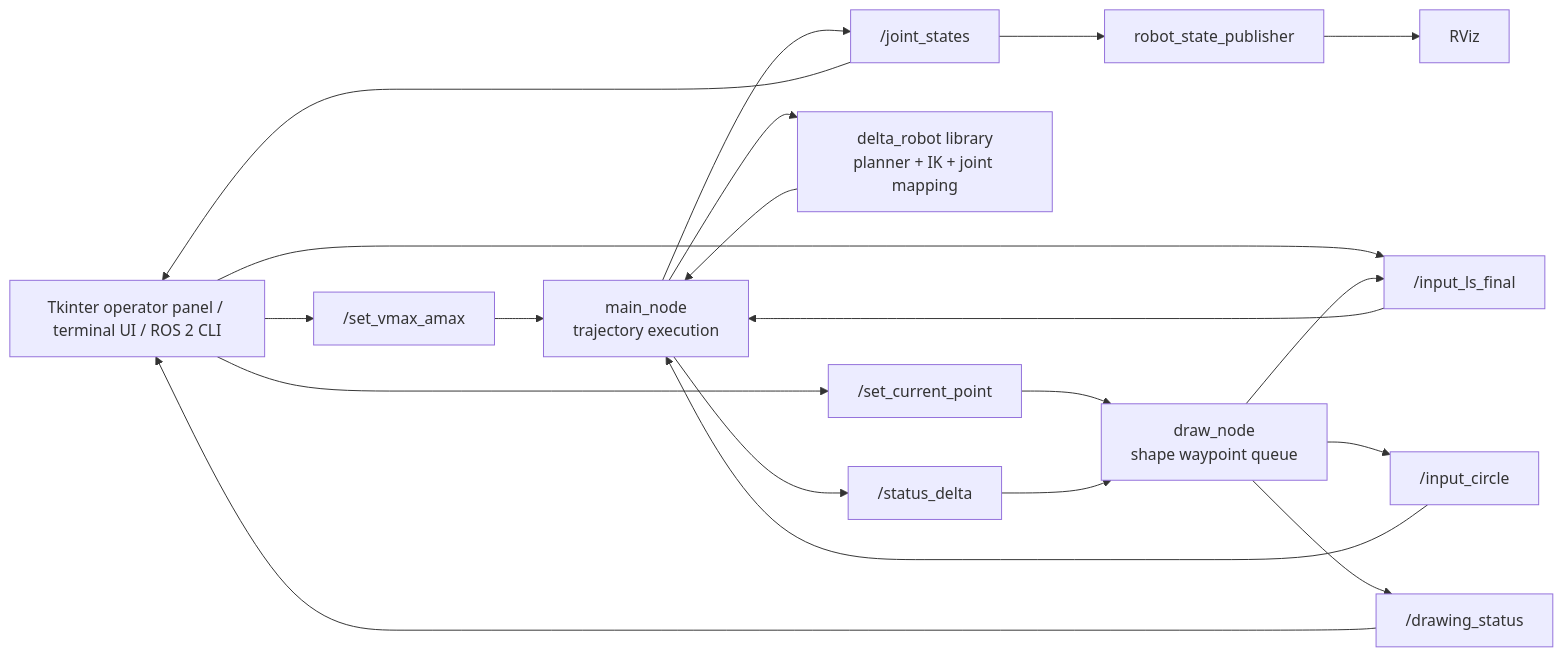
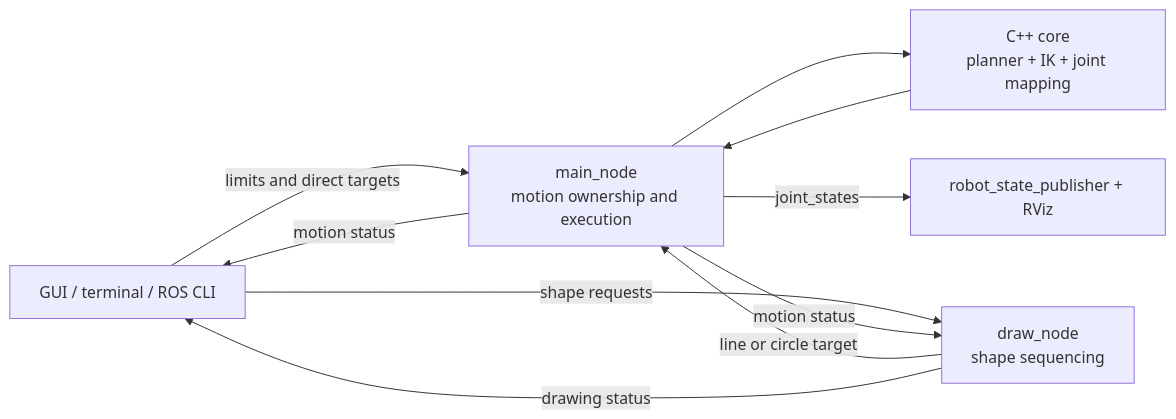
One commit to thanhduong8457/ROS changed the diagram in PROJECT_OVERVIEW.md. Above: the diagram before and after it, drawn with Mermaid. The commit also changed other lines of this file and 52 other files, not shown here.

First line of the commit message:
Refactor ROS 2 delta robot project

````diff
--- a/PROJECT_OVERVIEW.md
+++ b/PROJECT_OVERVIEW.md
@@ -35,28 +30,18 @@
 ```mermaid
 flowchart LR
-    UI["Tkinter operator panel / terminal UI / ROS 2 CLI"]
-    LIMITS["/set_vmax_amax"]
-    SHAPE["/set_current_point"]
-    DRAW["draw_node<br/>shape waypoint queue"]
-    SEGMENT["/input_ls_final"]
-    CIRCLE["/input_circle"]
-    MAIN["main_node<br/>trajectory execution"]
-    CORE["delta_robot library<br/>planner + IK + joint mapping"]
-    JS["/joint_states"]
-    RSP["robot_state_publisher"]
-    RVIZ["RViz"]
-    STATUS["/status_delta"]
-    DRAW_STATUS["/drawing_status"]
+    UI["GUI / terminal / ROS CLI"]
+    DRAW["draw_node<br/>shape sequencing"]
+    MAIN["main_node<br/>motion ownership and execution"]
+    CORE["C++ core<br/>planner + IK + joint mapping"]
+    MODEL["robot_state_publisher + RViz"]
 
-    UI --> LIMITS --> MAIN
-    UI --> SHAPE --> DRAW
-    UI --> SEGMENT
-    DRAW --> SEGMENT --> MAIN
-    DRAW --> CIRCLE --> MAIN
+    UI -->|limits and direct targets| MAIN
+    UI -->|shape requests| DRAW
+    DRAW -->|line or circle target| MAIN
     MAIN --> CORE
     CORE --> MAIN
-    MAIN --> JS --> RSP --> RVIZ
-    MAIN --> STATUS --> DRAW
-    JS --> UI
-    DRAW --> DRAW_STATUS --> UI
+    MAIN -->|joint_states| MODEL
+    MAIN -->|motion status| UI
+    MAIN -->|motion status| DRAW
+    DRAW -->|drawing status| UI
 ```
````
